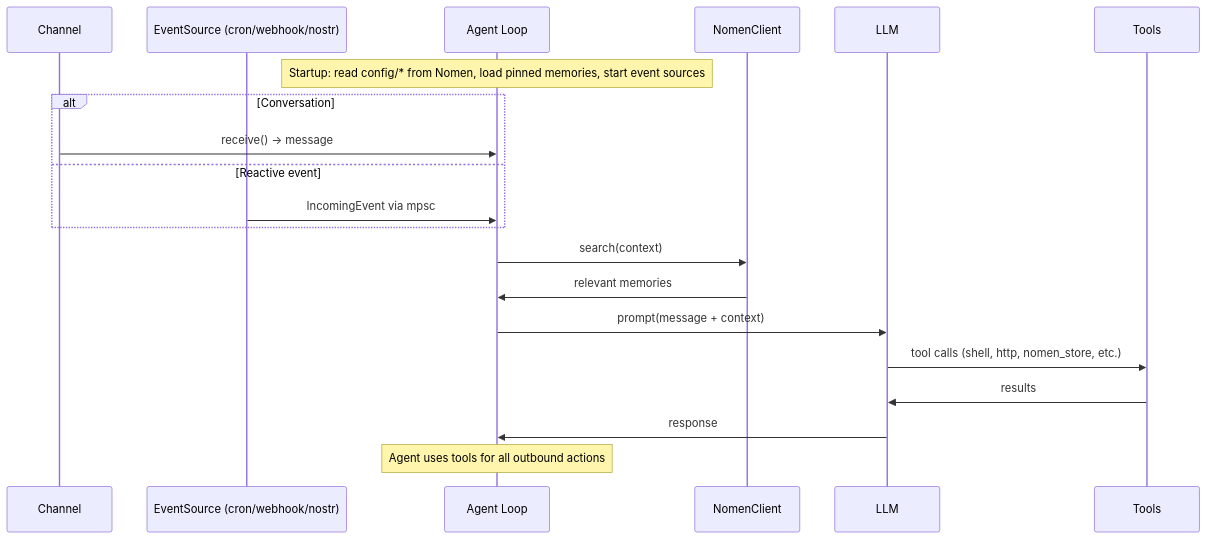
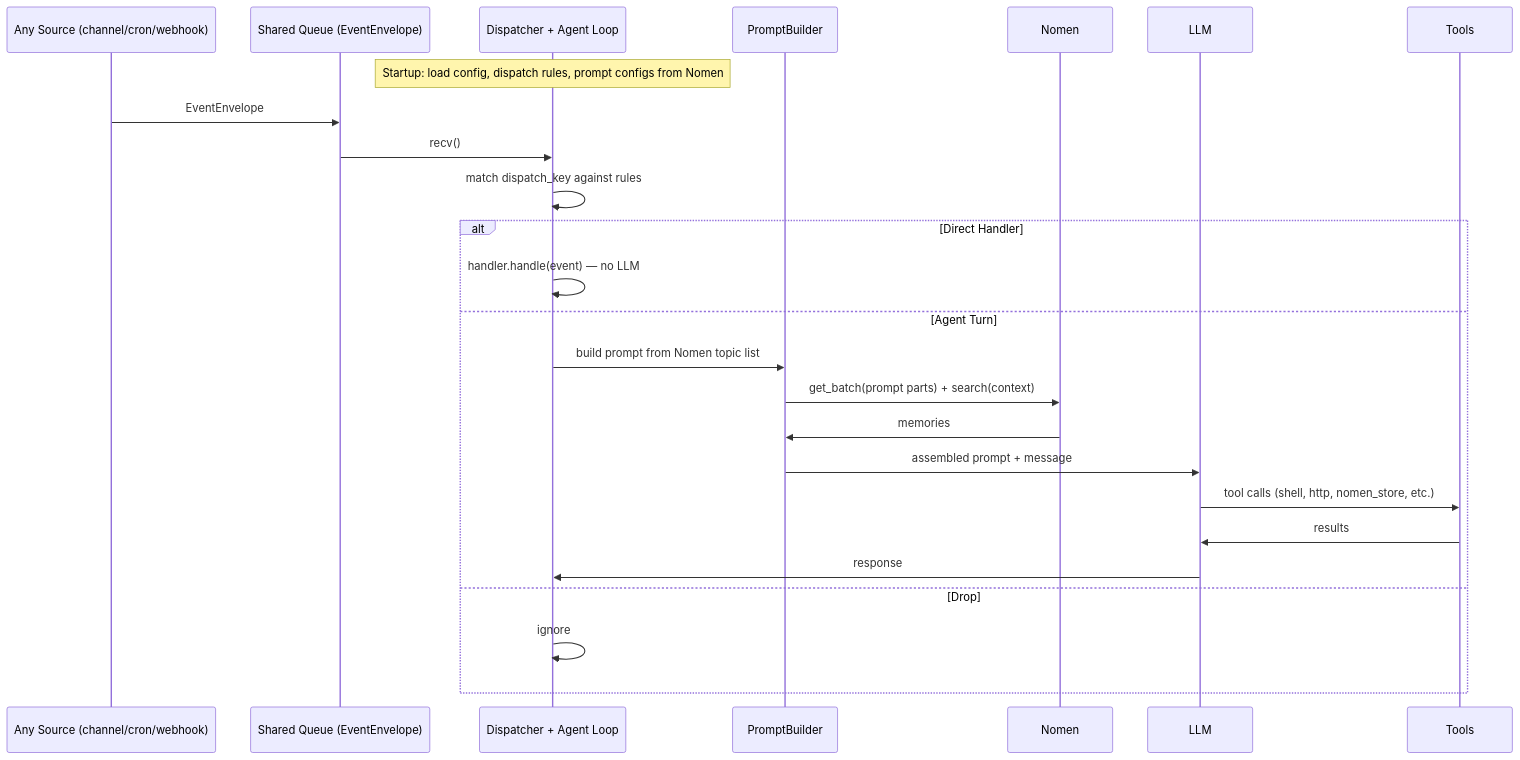
Before and after one commit to k0sti/nocelium: the third of 4 diagrams in ARCHITECTURE.md, drawn with Mermaid. The commit also changed other lines of this file and 5 other files, not shown here.

First line of the commit message:
docs: unified event dispatch with EventEnvelope, handlers, prompt assembly

````diff
--- a/ARCHITECTURE.md
+++ b/ARCHITECTURE.md
@@ -107,25 +117,30 @@
 ```mermaid
 sequenceDiagram
-    participant Ch as Channel
-    participant Src as EventSource (cron/webhook/nostr)
-    participant Core as Agent Loop
-    participant Mem as NomenClient
+    participant Src as Any Source (channel/cron/webhook)
+    participant Q as Shared Queue (EventEnvelope)
+    participant Core as Dispatcher + Agent Loop
+    participant Builder as PromptBuilder
+    participant Nomen as Nomen
     participant LLM as LLM
     participant Tools as Tools
 
-    Note over Core: Startup: read config/* from Nomen, load pinned memories, start event sources
+    Note over Core: Startup: load config, dispatch rules, prompt configs from Nomen
 
-    alt Conversation
-        Ch->>Core: receive() → message
-    else Reactive event
-        Src->>Core: IncomingEvent via mpsc
+    Src->>Q: EventEnvelope
+    Q->>Core: recv()
+    Core->>Core: match dispatch_key against rules
+
+    alt Direct Handler
+        Core->>Core: handler.handle(event) — no LLM
+    else Agent Turn
+        Core->>Builder: build prompt from Nomen topic list
+        Builder->>Nomen: get_batch(prompt parts) + search(context)
+        Nomen->>Builder: memories
+        Builder->>LLM: assembled prompt + message
+        LLM->>Tools: tool calls (shell, http, nomen_store, etc.)
+        Tools->>LLM: results
+        LLM->>Core: response
+    else Drop
+        Core->>Core: ignore
     end
-
-    Core->>Mem: search(context)
-    Mem->>Core: relevant memories
-    Core->>LLM: prompt(message + context)
-    LLM->>Tools: tool calls (shell, http, nomen_store, etc.)
-    Tools->>LLM: results
-    LLM->>Core: response
-    Note over Core: Agent uses tools for all outbound actions
 ```
````
